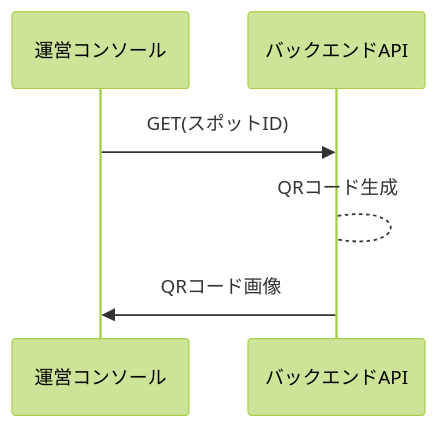
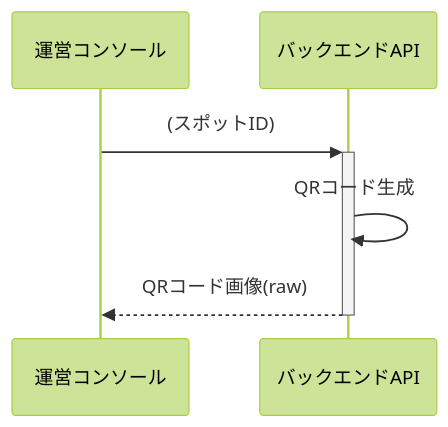
The sixth of 13 diagrams in docs/sequence/admin.md (after-school-garbage-squad/repaint-architecture), drawn with Mermaid (forest theme) before and after one commit. The commit also changed other lines of this file and 3 other files, not shown here.

````diff
--- a/docs/sequence/admin.md
+++ b/docs/sequence/admin.md
@@ -70,9 +70,9 @@
 ```mermaid
 sequenceDiagram
     participant web as 運営コンソール
     participant back as バックエンドAPI
-    web ->> back: GET(スポットID)
-    back --> back: QRコード生成
-    back ->> web: QRコード画像
+    web ->>+ back: (スポットID)
+    back ->> back: QRコード生成
+    back -->>- web: QRコード画像(raw)
     
 ```
````
